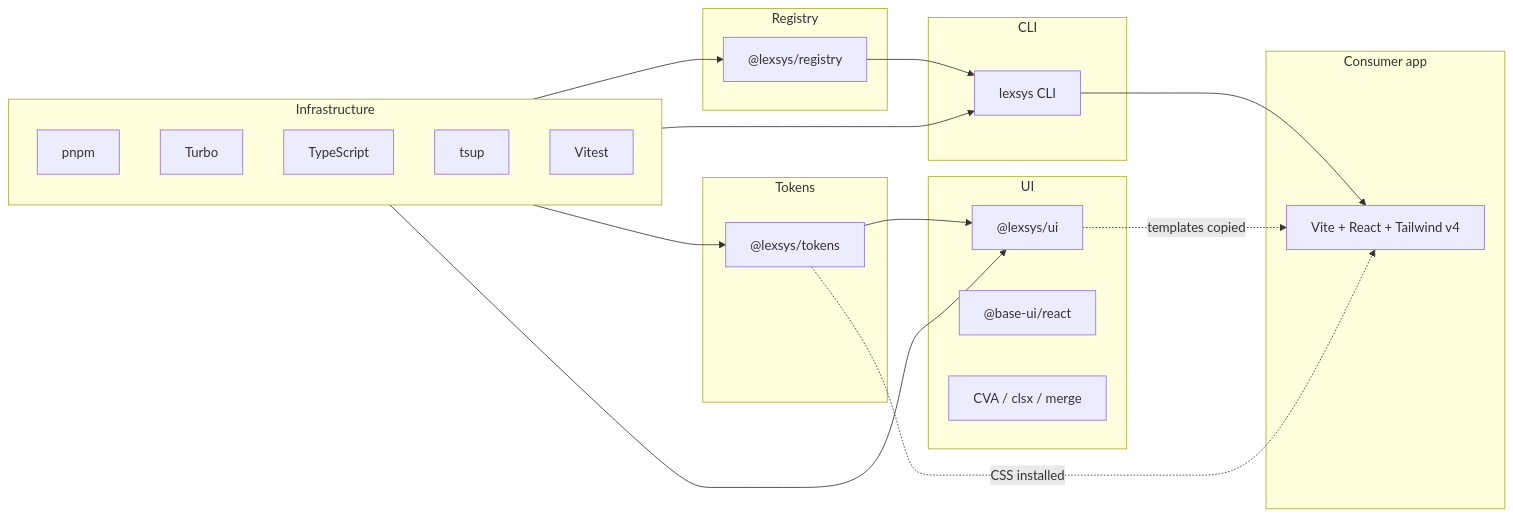
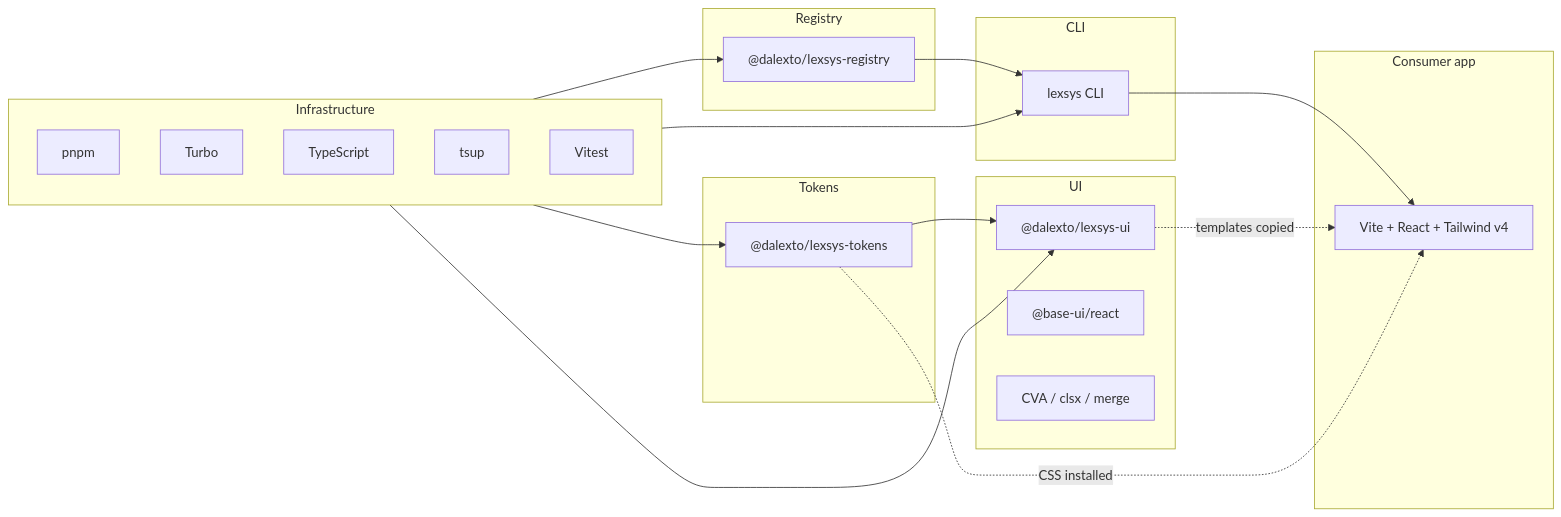
One commit to DaLexto/lexsys-ui changed the diagram in .cursor/rules/tech-stack.mdc. Above: the diagram before and after it, drawn with Mermaid. The commit also changed other lines of this file and 10 other files, not shown here.

````diff
--- a/.cursor/rules/tech-stack.mdc
+++ b/.cursor/rules/tech-stack.mdc
@@ -329,36 +329,36 @@
 ```mermaid
 flowchart LR
   subgraph infra [Infrastructure]
     pnpm[pnpm]
     turbo[Turbo]
     tsc[TypeScript]
     tsup[tsup]
     vitest[Vitest]
   end
   subgraph tokens [Tokens]
-    tok["@lexsys/tokens"]
+    tok["@dalexto/lexsys-tokens"]
   end
   subgraph ui [UI]
-    u["@lexsys/ui"]
+    u["@dalexto/lexsys-ui"]
     base["@base-ui/react"]
     cva[CVA / clsx / merge]
   end
   subgraph reg [Registry]
-    r["@lexsys/registry"]
+    r["@dalexto/lexsys-registry"]
   end
   subgraph cli [CLI]
     c[lexsys CLI]
   end
   subgraph consumer [Consumer app]
     app[Vite + React + Tailwind v4]
   end
   infra --> tok
   infra --> u
   infra --> r
   infra --> c
   tok --> u
   r --> c
   c --> app
   u -.->|templates copied| app
   tok -.->|CSS installed| app
 ```
````
